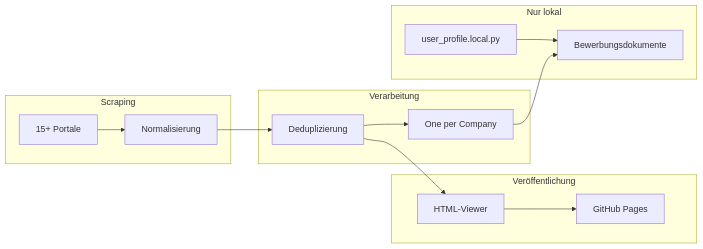
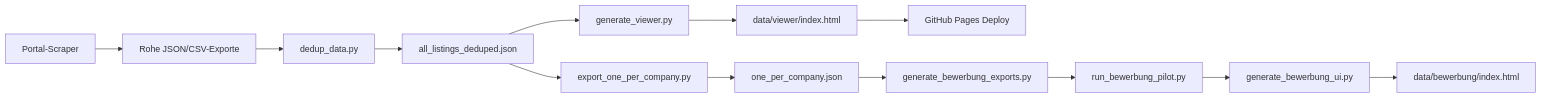
One commit to Acimdamero/ausbildung-scraper changed the second of 2 diagrams in README.de.md. Above: the diagram before and after it, drawn with Mermaid. The commit also changed other lines of this file and 5 other files, not shown here.

First line of the commit message:
Reorganize GitHub documentation in English and German.

````diff
--- a/README.de.md
+++ b/README.de.md
@@ -65,23 +147,15 @@
 ```mermaid
 flowchart LR
-    subgraph scrape [Scraping]
-        P1[15+ Portale]
-        P2[Normalisierung]
-    end
-    subgraph process [Verarbeitung]
-        D[Deduplizierung]
-        O[One per Company]
-    end
-    subgraph publish [Veröffentlichung]
-        V[HTML-Viewer]
-        GP[GitHub Pages]
-    end
-    subgraph local [Nur lokal]
-        BP[user_profile.local.py]
-        BG[Bewerbungsdokumente]
-    end
-    P1 --> P2 --> D --> O
-    D --> V --> GP
-    O --> BG
-    BP --> BG
+    A[Portal-Scraper] --> B[Rohe JSON/CSV-Exporte]
+    B --> C[dedup_data.py]
+    C --> D[all_listings_deduped.json]
+    D --> E[generate_viewer.py]
+    E --> F[data/viewer/index.html]
+    F --> G[GitHub Pages Deploy]
+    D --> H[export_one_per_company.py]
+    H --> I[one_per_company.json]
+    I --> J[generate_bewerbung_exports.py]
+    J --> K[run_bewerbung_pilot.py]
+    K --> L[generate_bewerbung_ui.py]
+    L --> M[data/bewerbung/index.html]
 ```
````
